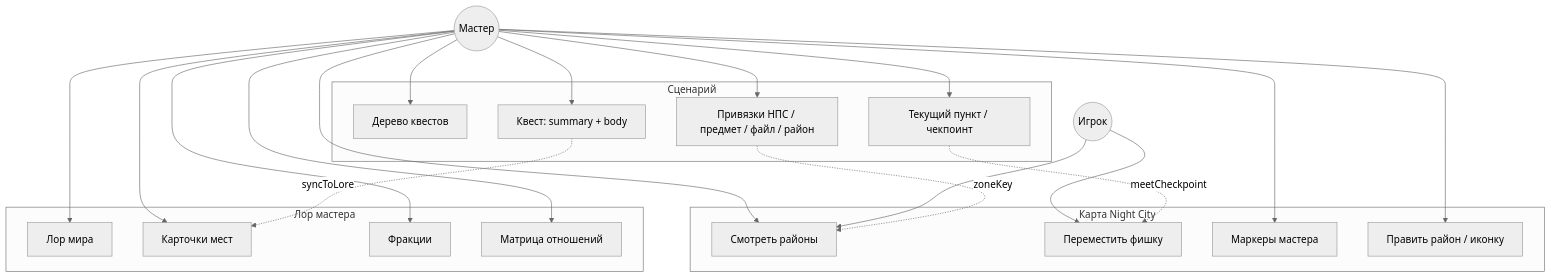
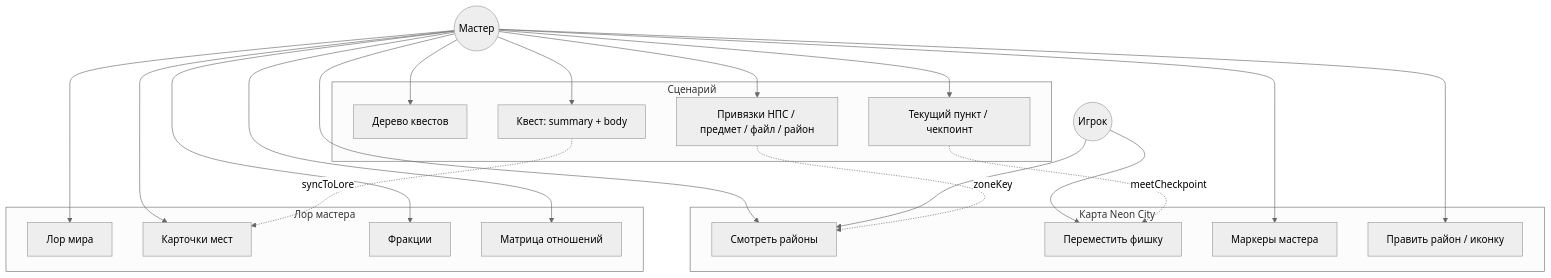
One commit to Prospero14/neon_protocol changed the fifth of 8 diagrams in docs/NRI_USE_CASES.md. Above: the diagram before and after it, drawn with Mermaid (neutral theme). The commit also changed 149 other files, not shown here.

First line of the commit message:
feat(nri): Neon City district grid, map UX, and split zone seeds

````diff
--- a/docs/NRI_USE_CASES.md
+++ b/docs/NRI_USE_CASES.md
@@ -198,35 +198,35 @@
 ```mermaid
 flowchart TB
   H((Мастер))
   P((Игрок))
 
-  subgraph map["Карта Night City"]
+  subgraph map["Карта Neon City"]
     UC_ZONES[Смотреть районы]
     UC_MOVE[Переместить фишку]
     UC_MARK[Маркеры мастера]
     UC_EDIT_ZONE[Править район / иконку]
   end
 
   subgraph lore["Лор мастера"]
     UC_WORLD[Лор мира]
     UC_PLACE[Карточки мест]
     UC_FACTION[Фракции]
     UC_REL[Матрица отношений]
   end
 
   subgraph scenario["Сценарий"]
     UC_TREE[Дерево квестов]
     UC_QUEST[Квест: summary + body]
     UC_LINK[Привязки НПС / предмет / файл / район]
     UC_PROG[Текущий пункт / чекпоинт]
   end
 
   H & P --> UC_ZONES
   P --> UC_MOVE
   H --> UC_MARK & UC_EDIT_ZONE & UC_WORLD & UC_PLACE & UC_FACTION & UC_REL
   H --> UC_TREE & UC_QUEST & UC_LINK & UC_PROG
 
   UC_QUEST -.->|syncToLore| UC_PLACE
   UC_LINK -.->|zoneKey| UC_ZONES
   UC_PROG -.->|meetCheckpoint| UC_MOVE
 ```
````
